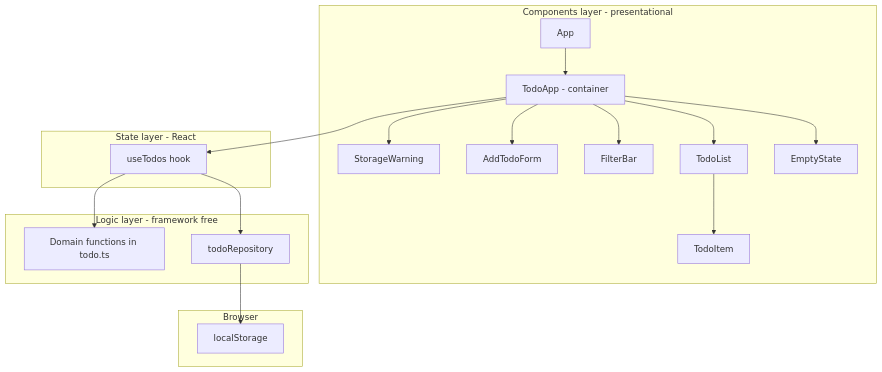
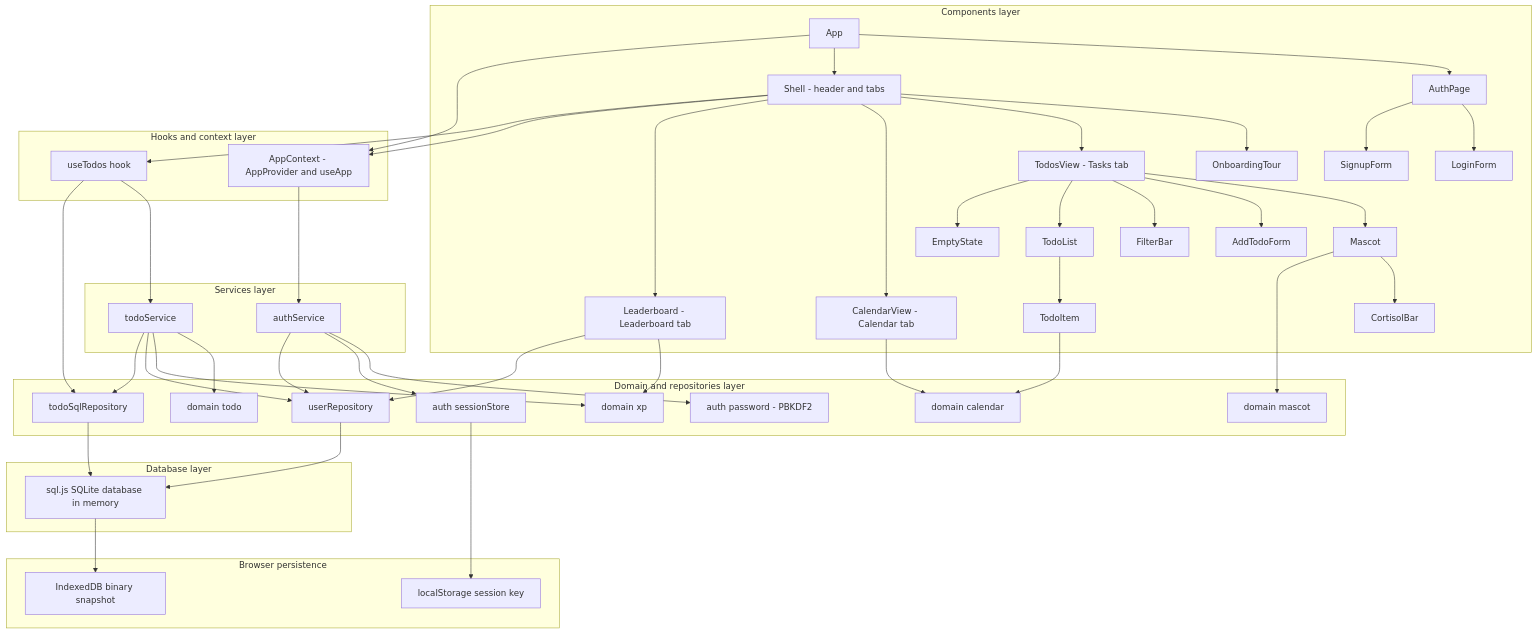
One commit to Kopi-O-Kosong-Beng/ShopBack_AI-Assisted-App changed the first of 2 diagrams in specs/04-component-architecture.md. Above: the diagram before and after it, drawn with Mermaid. The commit also changed other lines of this file and 6 other files, not shown here.

````diff
--- a/specs/04-component-architecture.md
+++ b/specs/04-component-architecture.md
@@ -13,38 +17,89 @@
 ```mermaid
 flowchart TD
-    subgraph L1[Components layer - presentational]
+    subgraph L1[Components layer]
         APP[App]
-        TA[TodoApp - container]
-        SW[StorageWarning]
+        AP[AuthPage]
+        LF[LoginForm]
+        SF[SignupForm]
+        SH[Shell - header and tabs]
+        OT[OnboardingTour]
+        TV[TodosView - Tasks tab]
+        CV[CalendarView - Calendar tab]
+        LB[Leaderboard - Leaderboard tab]
+        MA[Mascot]
+        CB[CortisolBar]
         AF[AddTodoForm]
         FB[FilterBar]
         TL[TodoList]
         TI[TodoItem]
         ES[EmptyState]
-        APP --> TA
-        TA --> SW
-        TA --> AF
-        TA --> FB
-        TA --> TL
-        TA --> ES
+        APP --> AP
+        APP --> SH
+        AP --> LF
+        AP --> SF
+        SH --> OT
+        SH --> TV
+        SH --> CV
+        SH --> LB
+        TV --> MA
+        MA --> CB
+        TV --> AF
+        TV --> FB
+        TV --> TL
+        TV --> ES
         TL --> TI
     end
 
-    subgraph L2[State layer - React]
+    subgraph L2[Hooks and context layer]
+        CTX[AppContext - AppProvider and useApp]
         HOOK[useTodos hook]
     end
 
-    subgraph L3[Logic layer - framework free]
-        DOM[Domain functions in todo.ts]
-        REPO[todoRepository]
+    subgraph L3[Services layer]
+        AS[authService]
+        TS[todoService]
     end
 
-    subgraph L4[Browser]
-        LS[localStorage]
+    subgraph L4[Domain and repositories layer]
+        DTODO[domain todo]
+        DXP[domain xp]
+        DMAS[domain mascot]
+        DCAL[domain calendar]
+        PW[auth password - PBKDF2]
+        SS[auth sessionStore]
+        UR[userRepository]
+        TR[todoSqlRepository]
     end
 
-    TA --> HOOK
-    HOOK --> DOM
-    HOOK --> REPO
-    REPO --> LS
+    subgraph L5[Database layer]
+        DB[sql.js SQLite database in memory]
+    end
+
+    subgraph L6[Browser persistence]
+        IDB[IndexedDB binary snapshot]
+        LS[localStorage session key]
+    end
+
+    APP --> CTX
+    SH --> CTX
+    SH --> HOOK
+    CTX --> AS
+    HOOK --> TS
+    HOOK --> TR
+    AS --> PW
+    AS --> SS
+    AS --> UR
+    TS --> DTODO
+    TS --> DXP
+    TS --> UR
+    TS --> TR
+    MA --> DMAS
+    CV --> DCAL
+    TI --> DCAL
+    LB --> DXP
+    LB --> UR
+    UR --> DB
+    TR --> DB
+    DB --> IDB
+    SS --> LS
 ```
````
